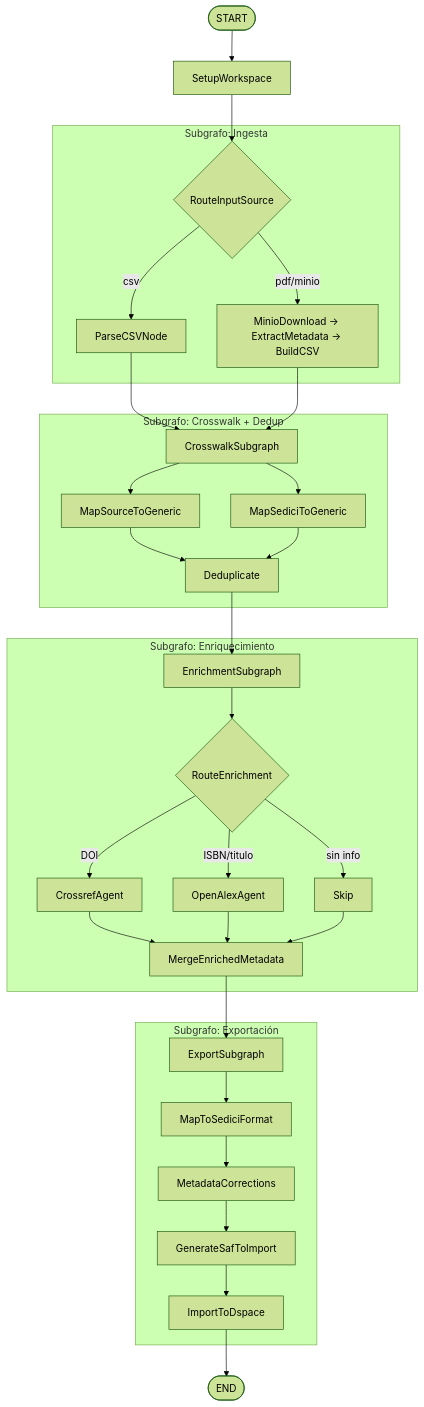
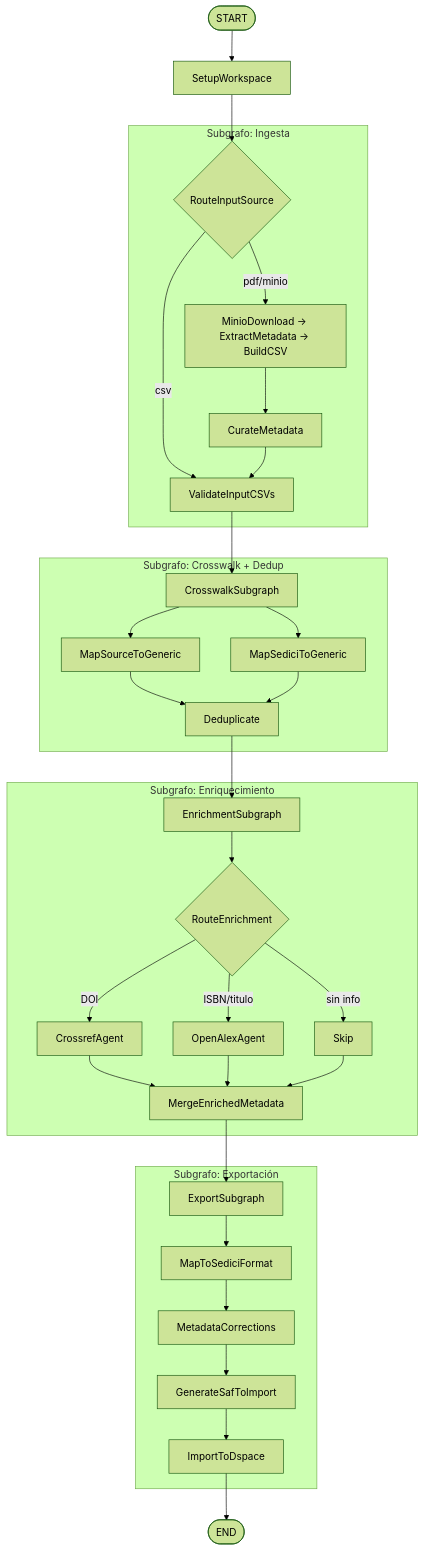
The third of 6 diagrams in arquitectura_bulk_import.md (santiFie/Bulk-Importation-Workflow), drawn with Mermaid (forest theme) before and after one commit. The commit also changed other lines of this file and 4 other files, not shown here.

First line of the commit message:
feat(ingest): add early structural and schema validation for input CS… (#39)

````diff
--- a/arquitectura_bulk_import.md
+++ b/arquitectura_bulk_import.md
@@ -111,43 +111,44 @@
 ```mermaid
 graph TD
     S([START]) --> SW[SetupWorkspace]
     SW --> RD{RouteInputSource}
 
     subgraph "Subgrafo: Ingesta"
-        RD -- "csv" --> CSVIngest[ParseCSVNode]
+        RD -- "csv" --> VCSV[ValidateInputCSVs]
         RD -- "pdf/minio" --> PDFIngest[MinioDownload → ExtractMetadata → BuildCSV]
+        PDFIngest --> Curate[CurateMetadata]
+        Curate --> VCSV
     end
 
-    CSVIngest --> Crosswalk[CrosswalkSubgraph]
-    PDFIngest --> Crosswalk
+    VCSV --> Crosswalk[CrosswalkSubgraph]
 
     subgraph "Subgrafo: Crosswalk + Dedup"
         Crosswalk --> MapSrc[MapSourceToGeneric]
         Crosswalk --> MapSed[MapSediciToGeneric]
         MapSrc --> Dedup[Deduplicate]
         MapSed --> Dedup
     end
 
     Dedup --> ENR[EnrichmentSubgraph]
 
     subgraph "Subgrafo: Enriquecimiento"
         ENR --> RDE{RouteEnrichment}
         RDE -- "DOI" --> CRF[CrossrefAgent]
         RDE -- "ISBN/titulo" --> OAX[OpenAlexAgent]
         RDE -- "sin info" --> SKP[Skip]
         CRF --> MERGE[MergeEnrichedMetadata]
         OAX --> MERGE
         SKP --> MERGE
     end
 
     MERGE --> Export[ExportSubgraph]
 
     subgraph "Subgrafo: Exportación"
         Export --> MTS[MapToSediciFormat]
         MTS --> MC[MetadataCorrections]
         MC --> GSI[GenerateSafToImport]
         GSI --> ITD[ImportToDspace]
     end
 
     ITD --> E([END])
 ```
````
